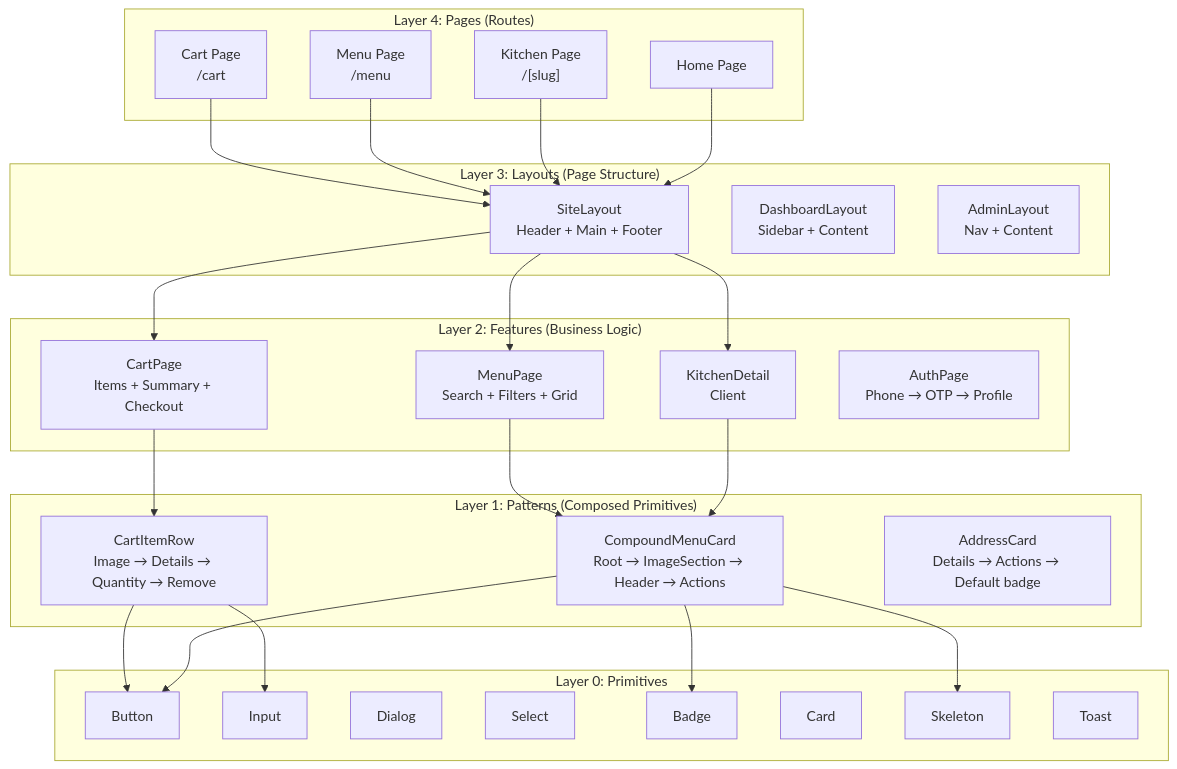
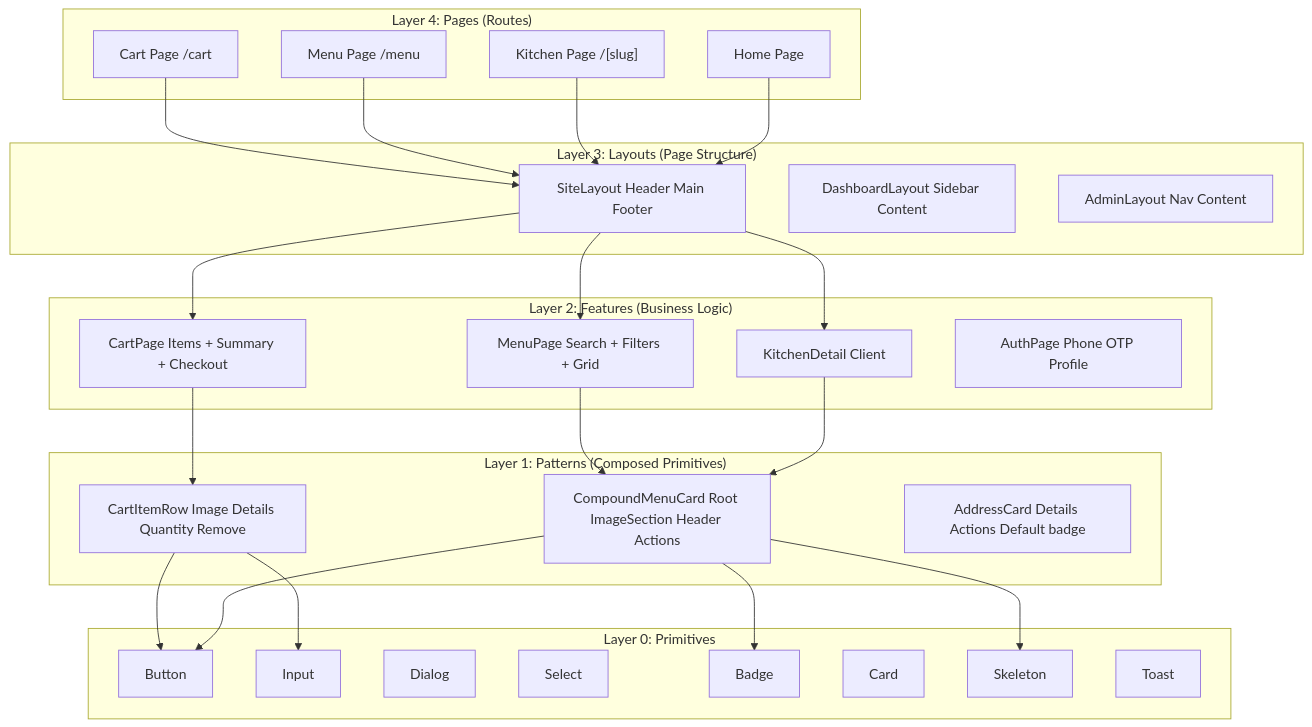
One commit to dharshan47/rrckitchen changed the first of 7 diagrams in docs/07-component-system.md. Above: the diagram before and after it, drawn with Mermaid. The commit also changed 273 other files, not shown here.

````diff
--- a/docs/07-component-system.md
+++ b/docs/07-component-system.md
@@ -11,55 +11,56 @@
 ```mermaid
-graph TB
+%%{init: {'flowchart': {'curve': 'basis', 'useMaxWidth': true}}}%%
+flowchart TB
     subgraph "Layer 0: Primitives"
         Button
         Input
         Dialog
         Select
         Badge
         Card
         Skeleton
         Toast
     end
 
     subgraph "Layer 1: Patterns (Composed Primitives)"
-        CP["CompoundMenuCard<br/>Root → ImageSection → Header → Actions"]
-        CP2["CartItemRow<br/>Image → Details → Quantity → Remove"]
-        CP3["AddressCard<br/>Details → Actions → Default badge"]
+        CP["CompoundMenuCard Root ImageSection Header Actions"]
+        CP2["CartItemRow Image Details Quantity Remove"]
+        CP3["AddressCard Details Actions Default badge"]
     end
 
     subgraph "Layer 2: Features (Business Logic)"
-        KC["KitchenDetail<br/>Client"]
-        MP["MenuPage<br/>Search + Filters + Grid"]
-        CP4["CartPage<br/>Items + Summary + Checkout"]
-        AP["AuthPage<br/>Phone → OTP → Profile"]
+        KC["KitchenDetail Client"]
+        MP["MenuPage Search + Filters + Grid"]
+        CP4["CartPage Items + Summary + Checkout"]
+        AP["AuthPage Phone OTP Profile"]
     end
 
     subgraph "Layer 3: Layouts (Page Structure)"
-        SL["SiteLayout<br/>Header + Main + Footer"]
-        DL["DashboardLayout<br/>Sidebar + Content"]
-        AL["AdminLayout<br/>Nav + Content"]
+        SL["SiteLayout Header Main Footer"]
+        DL["DashboardLayout Sidebar Content"]
+        AL["AdminLayout Nav Content"]
     end
 
     subgraph "Layer 4: Pages (Routes)"
         HP["Home Page"]
-        KP["Kitchen Page<br/>/[slug]"]
-        MP2["Menu Page<br/>/menu"]
-        CP5["Cart Page<br/>/cart"]
+        KP["Kitchen Page /[slug]"]
+        MP2["Menu Page /menu"]
+        CP5["Cart Page /cart"]
     end
 
     HP --> SL
     KP --> SL
     MP2 --> SL
     CP5 --> SL
     SL --> KC
     SL --> MP
     SL --> CP4
     KC --> CP
     MP --> CP
     CP4 --> CP2
     CP --> Button
     CP --> Badge
     CP --> Skeleton
     CP2 --> Button
     CP2 --> Input
 ```
````
